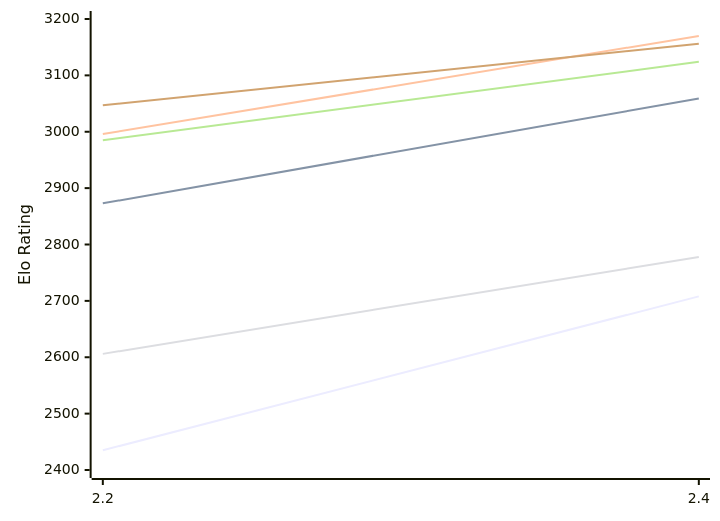
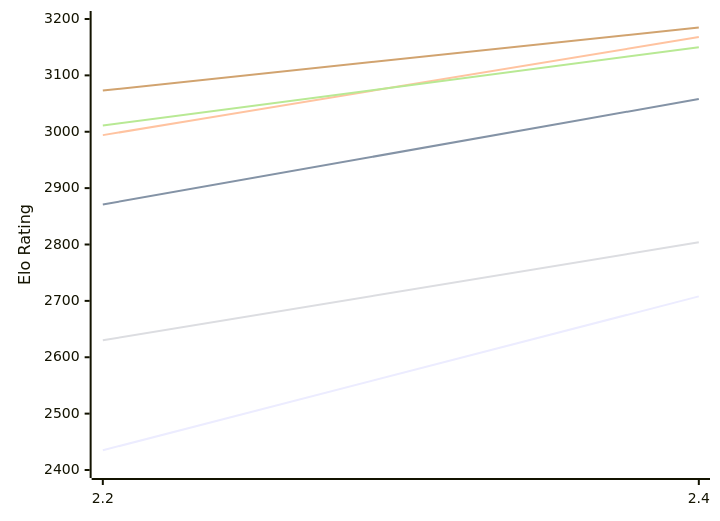
The first of 2 diagrams in engines/Sloth.md (computer-chess-index/cci), drawn with Mermaid before and after one commit. The commit also changed other lines of this file, not shown here.

Commit message:
Update CCI Ratings (ELO VLTC) - 2026-11-04

````diff
--- a/engines/Sloth.md
+++ b/engines/Sloth.md
@@ -50,12 +50,12 @@
 ```mermaid
 %%{init: {"theme":"base","themeVariables":{"seriesColors:['#a3a3a3','#222221','#faa371']}}}%%
 xychart-beta
   x-axis ["2.2", "2.4"]
   y-axis "Elo Rating" 2400 --> 3200
   line "E1: STC (8.0+0.08s)" [2435, 2708]
-  line "E1: LTC (60.0+0.60s)" [2873, 3059]
-  line "E1: VLTC (2m24s+1.12s)" [2996, 3170]
-  line "P1: STC (8.0+0.08s)" [2606, 2778]
-  line "P1: LTC (60.0+0.60s)" [2985, 3124]
-  line "P1: VLTC (2m24s+1.12s)" [3047, 3156]
+  line "E1: LTC (60.0+0.60s)" [2871, 3058]
+  line "E1: VLTC (2m24s+1.12s)" [2994, 3168]
+  line "P1: STC (8.0+0.08s)" [2630, 2804]
+  line "P1: LTC (60.0+0.60s)" [3011, 3150]
+  line "P1: VLTC (2m24s+1.12s)" [3073, 3185]
 ```
````
